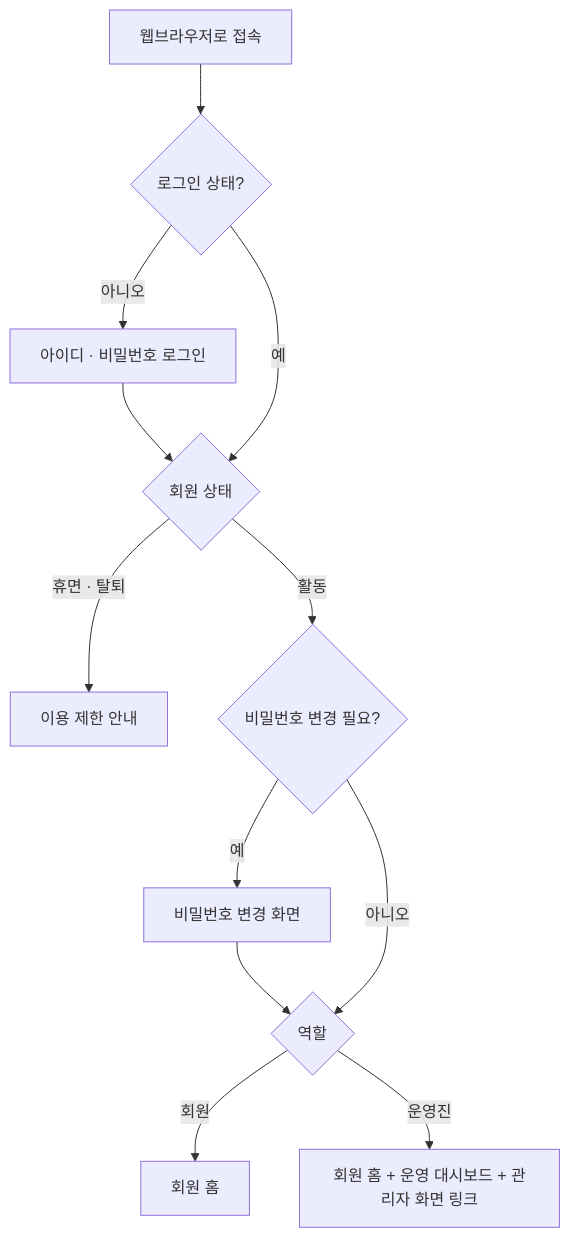
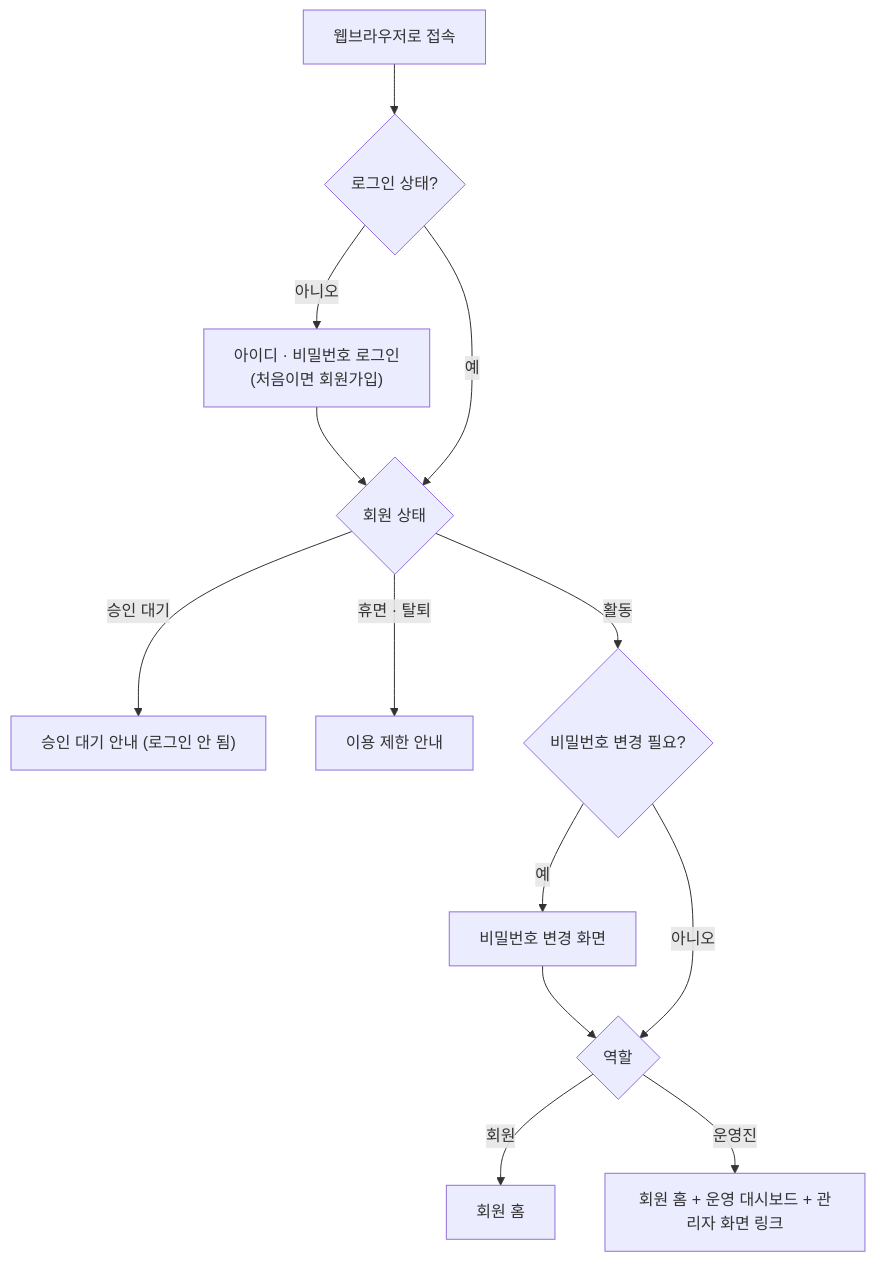
Before and after one commit to keepmind7/AI_Club_Web: the first of 14 diagrams in 동작 흐름.md, drawn with Mermaid. The commit also changed other lines of this file and 21 other files, not shown here.

````diff
--- a/동작 흐름.md
+++ b/동작 흐름.md
@@ -5,14 +5,15 @@
 ```mermaid
 flowchart TD
     A["웹브라우저로 접속"] --> B{"로그인 상태?"}
-    B -- 아니오 --> C["아이디 · 비밀번호 로그인"]
+    B -- 아니오 --> C["아이디 · 비밀번호 로그인<br/>(처음이면 회원가입)"]
     C --> D{"회원 상태"}
     B -- 예 --> D
+    D -- 승인 대기 --> P["승인 대기 안내 (로그인 안 됨)"]
     D -- 휴면 · 탈퇴 --> H["이용 제한 안내"]
     D -- 활동 --> E{"비밀번호 변경 필요?"}
     E -- 예 --> F["비밀번호 변경 화면"]
     F --> G{"역할"}
     E -- 아니오 --> G
     G -- 회원 --> J["회원 홈"]
     G -- 운영진 --> K["회원 홈 + 운영 대시보드 + 관리자 화면 링크"]
 ```
````
